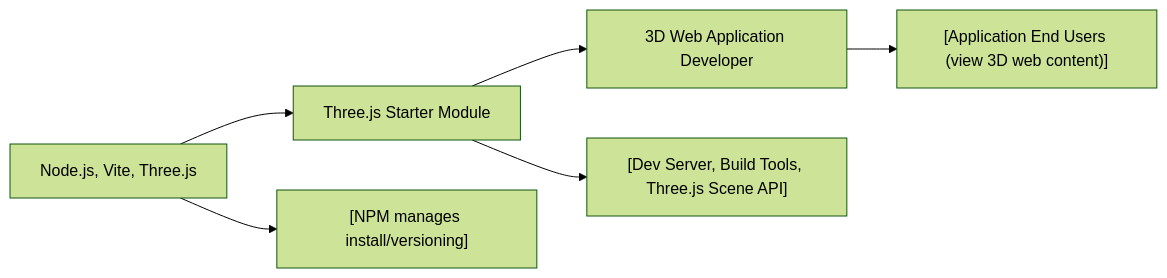
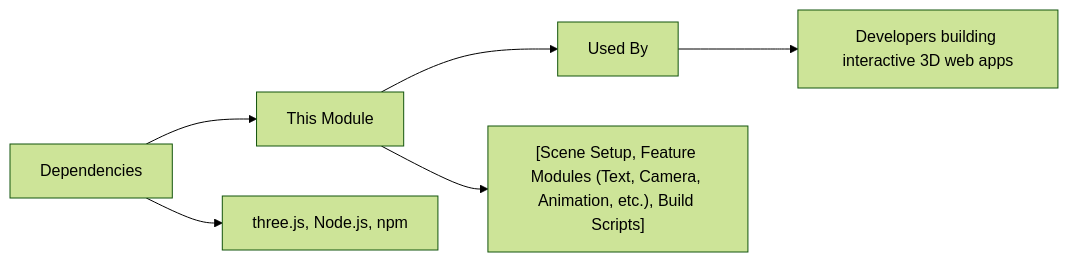
One commit to NicoooM/three-js-test changed the diagram in .shelfya/README.md. Above: the diagram before and after it, drawn with Mermaid (forest theme). The commit also changed other lines of this file and 15 other files, not shown here.

````diff
--- a/.shelfya/README.md
+++ b/.shelfya/README.md
@@ -45,7 +64,7 @@
 ```mermaid
 flowchart LR
-  dependencies["Node.js, Vite, Three.js"] --> thisModule["Three.js Starter Module"] --> usedBy["3D Web Application Developer"]
-  dependencies --> details["[NPM manages install/versioning]"]
-  thisModule --> process["[Dev Server, Build Tools, Three.js Scene API]"] 
-  usedBy --> consumers["[Application End Users (view 3D web content)]"]
+  dependencies["Dependencies"] --> thisModule["This Module"] --> usedBy["Used By"]
+  dependencies --> details["three.js, Node.js, npm"]
+  thisModule --> process["[Scene Setup, Feature Modules (Text, Camera, Animation, etc.), Build Scripts]"]
+  usedBy --> consumers["Developers building interactive 3D web apps"]
 ```
````
